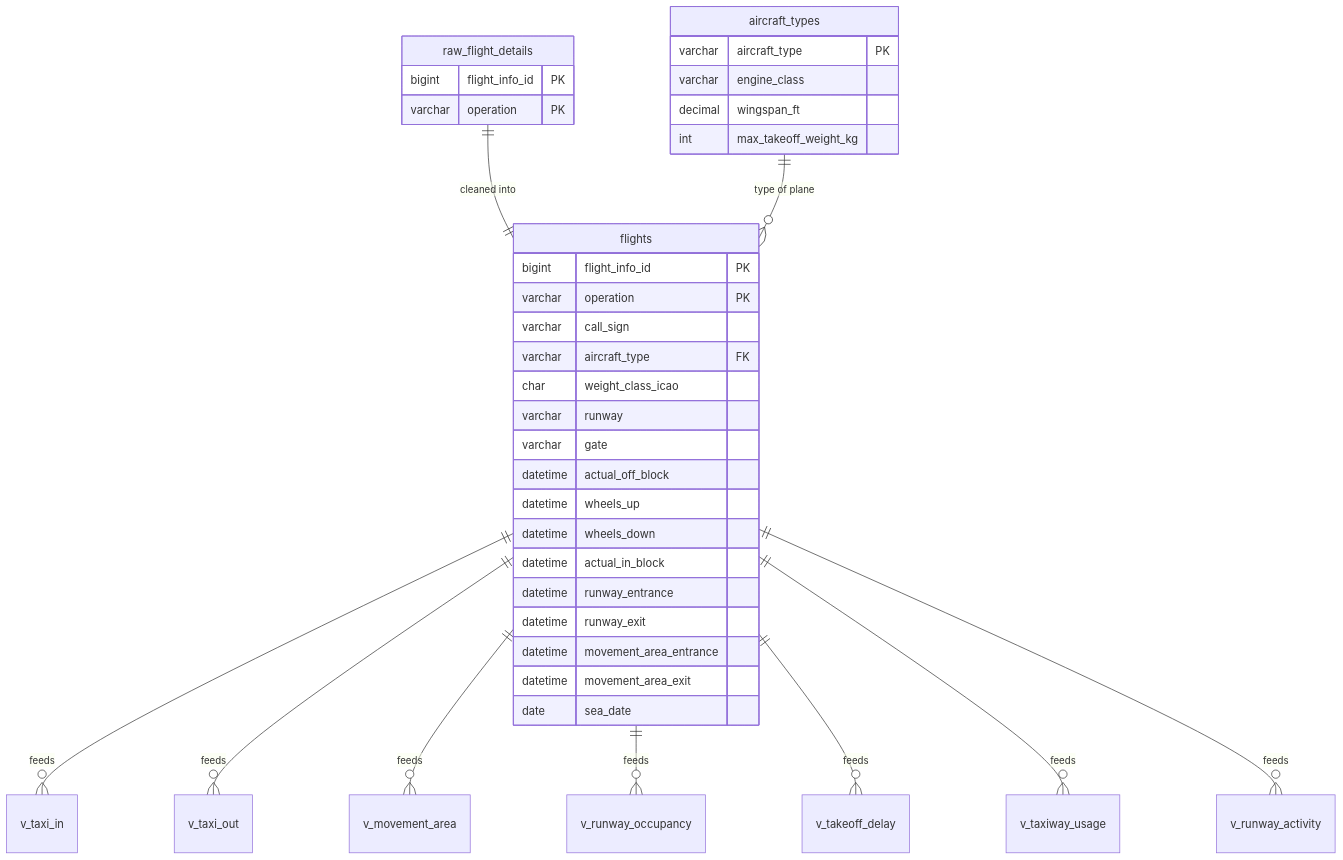
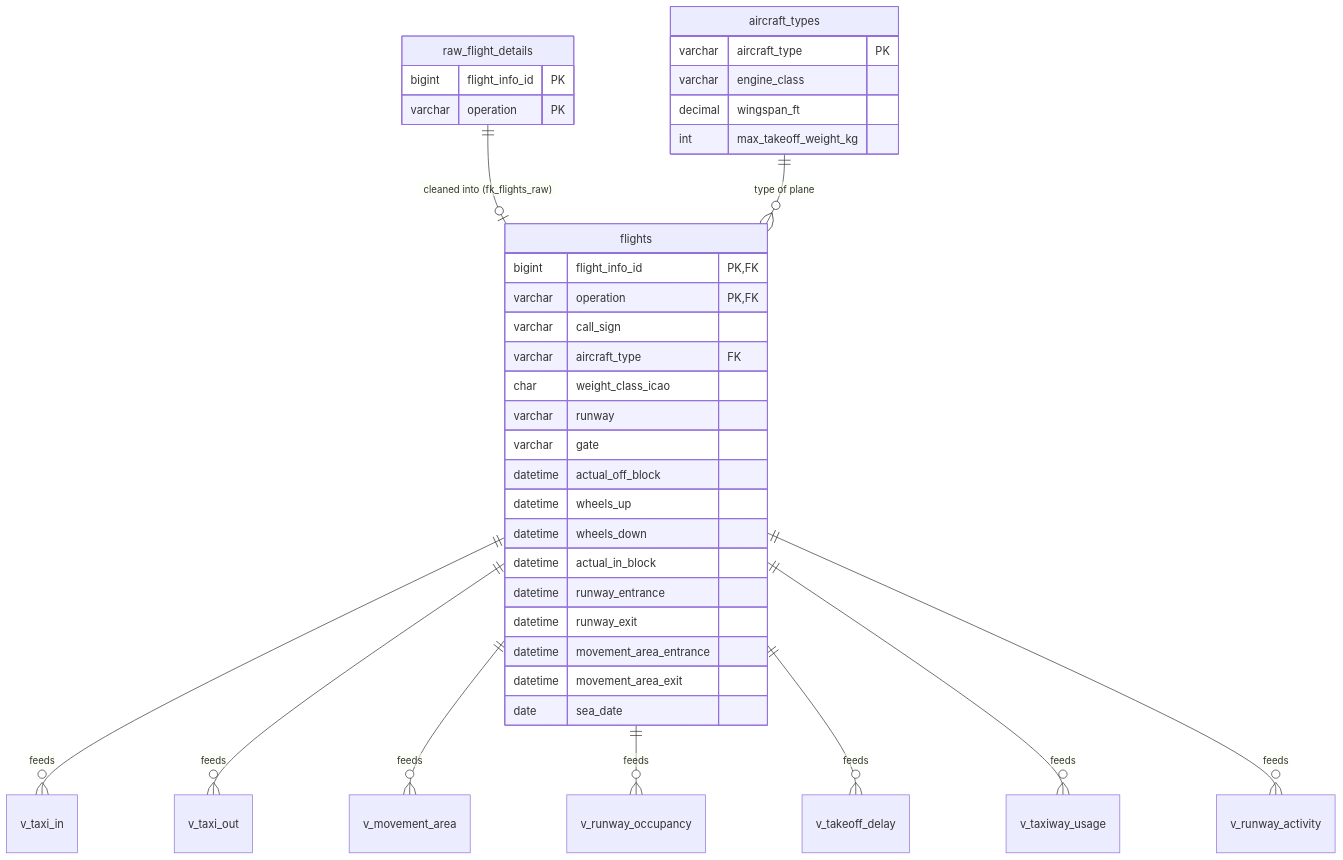
The diagram in docs/DB_SCHEMA.md (Vatsalya2003/SeaTac-AI), drawn with Mermaid before and after one commit. The commit also changed other lines of this file and 1 other file, not shown here.

First line of the commit message:
Enforce operation values and link flights to raw rows

````diff
--- a/docs/DB_SCHEMA.md
+++ b/docs/DB_SCHEMA.md
@@ -30,34 +30,34 @@
 ```mermaid
 erDiagram
-  raw_flight_details ||--|| flights : "cleaned into"
+  raw_flight_details ||--o| flights : "cleaned into (fk_flights_raw)"
   aircraft_types ||--o{ flights : "type of plane"
   flights ||--o{ v_taxi_in : feeds
   flights ||--o{ v_taxi_out : feeds
   flights ||--o{ v_movement_area : feeds
   flights ||--o{ v_runway_occupancy : feeds
   flights ||--o{ v_takeoff_delay : feeds
   flights ||--o{ v_taxiway_usage : feeds
   flights ||--o{ v_runway_activity : feeds
   raw_flight_details { bigint flight_info_id PK
                        varchar operation PK }
-  flights { bigint flight_info_id PK
-            varchar operation PK
+  flights { bigint flight_info_id PK,FK
+            varchar operation PK,FK
             varchar call_sign
             varchar aircraft_type FK
             char weight_class_icao
             varchar runway
             varchar gate
             datetime actual_off_block
             datetime wheels_up
             datetime wheels_down
             datetime actual_in_block
             datetime runway_entrance
             datetime runway_exit
             datetime movement_area_entrance
             datetime movement_area_exit
             date sea_date }
   aircraft_types { varchar aircraft_type PK
                    varchar engine_class
                    decimal wingspan_ft
                    int max_takeoff_weight_kg }
 ```
````
